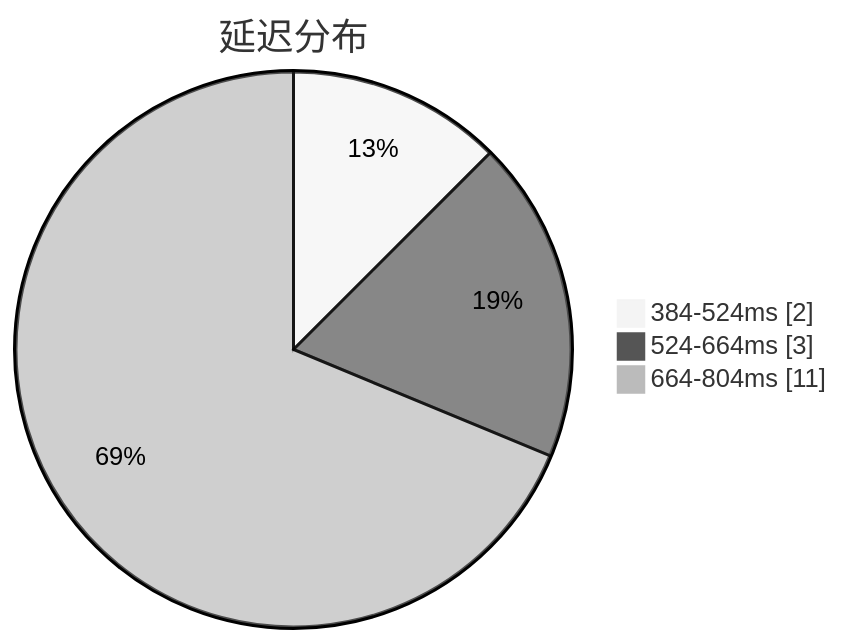
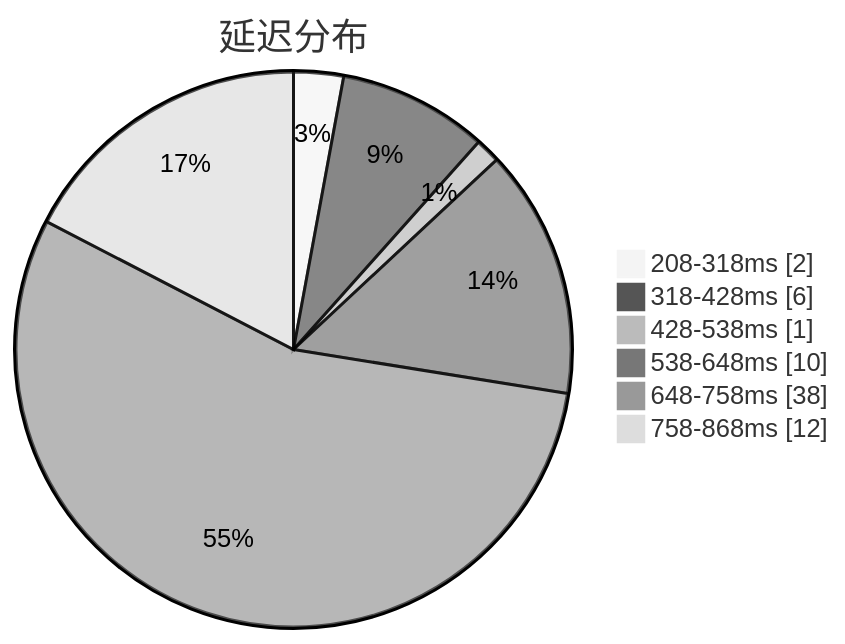
Before and after one commit to qjlxg/airport: the first of 3 diagrams in subs/statistics/tested_within.md, drawn with Mermaid (neutral theme). The commit also changed other lines of this file and 2 other files, not shown here.

````diff
--- a/subs/statistics/tested_within.md
+++ b/subs/statistics/tested_within.md
@@ -2,7 +2,10 @@
 ```mermaid
 pie showData
 title 延迟分布
-"384-524ms" : 2
-"524-664ms" : 3
-"664-804ms" : 11
+"208-318ms" : 2
+"318-428ms" : 6
+"428-538ms" : 1
+"538-648ms" : 10
+"648-758ms" : 38
+"758-868ms" : 12
 ```
````
